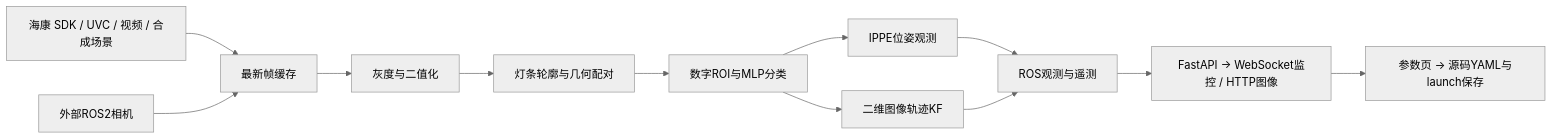
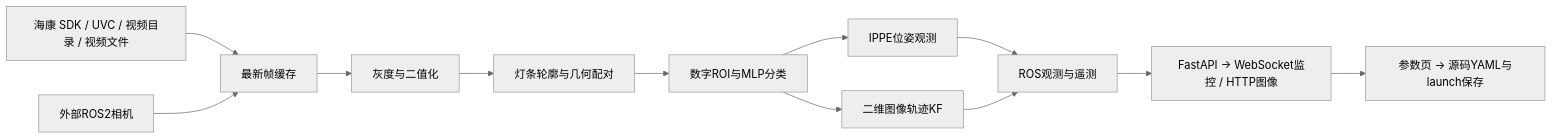
Before and after one commit to KrazyKavier123/RM_AA_TEST: the diagram in docs/architecture.md, drawn with Mermaid (neutral theme). The commit also changed 13 other files, not shown here.

````diff
--- a/docs/architecture.md
+++ b/docs/architecture.md
@@ -9,14 +9,14 @@
 ```mermaid
 flowchart LR
-  A[海康 SDK / UVC / 视频 / 合成场景] --> B[最新帧缓存]
+  A[海康 SDK / UVC / 视频目录 / 视频文件] --> B[最新帧缓存]
   C[外部ROS2相机] --> B
   B --> D[灰度与二值化]
   D --> E[灯条轮廓与几何配对]
   E --> F[数字ROI与MLP分类]
   F --> G[IPPE位姿观测]
   F --> H[二维图像轨迹KF]
   G --> I[ROS观测与遥测]
   H --> I
   I --> J[FastAPI → WebSocket监控 / HTTP图像]
   J --> K[参数页 → 源码YAML与launch保存]
 ```
````
